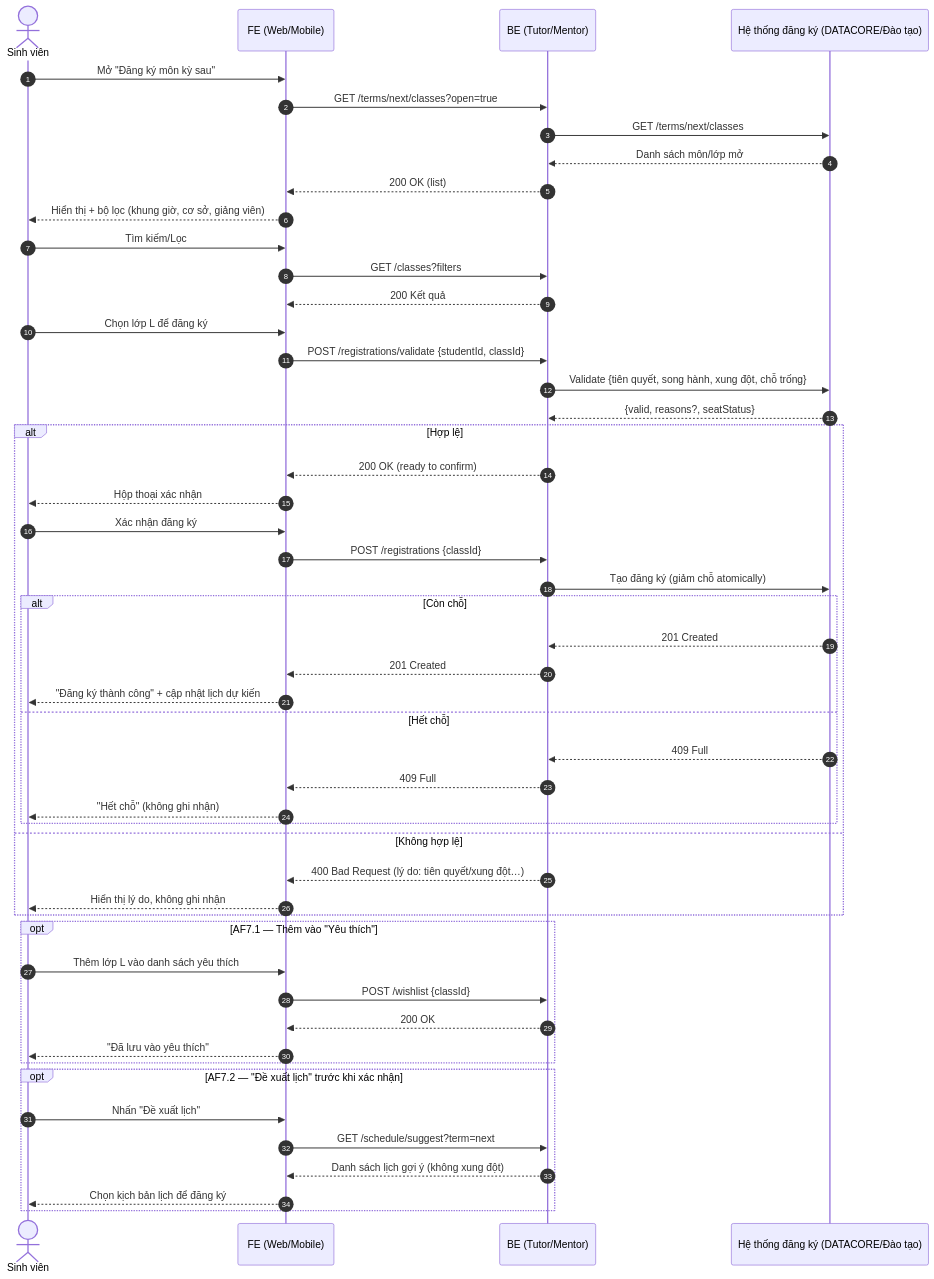
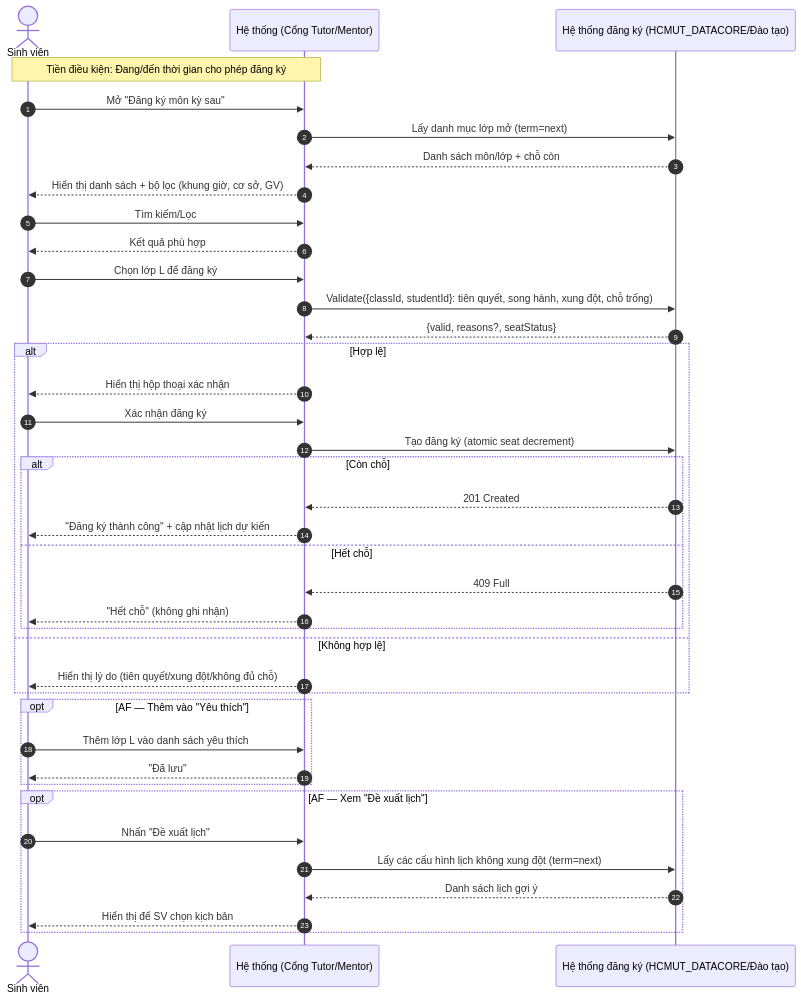
One commit to bqlam18/a changed the fourth of 4 diagrams in CNPM.md. Above: the diagram before and after it, drawn with Mermaid. The commit also changed other lines of this file, not shown here.

````diff
--- a/CNPM.md
+++ b/CNPM.md
@@ -120,58 +106,48 @@
 ```mermaid
 sequenceDiagram
   autonumber
   actor SV as Sinh viên
-  participant FE as FE (Web/Mobile)
-  participant BE as BE (Tutor/Mentor)
-  participant DC as Hệ thống đăng ký (DATACORE/Đào tạo)
+  participant SYS as Hệ thống (Cổng Tutor/Mentor)
+  participant DC as Hệ thống đăng ký (HCMUT_DATACORE/Đào tạo)
 
-  SV->>FE: Mở "Đăng ký môn kỳ sau"
-  FE->>BE: GET /terms/next/classes?open=true
-  BE->>DC: GET /terms/next/classes
-  DC-->>BE: Danh sách môn/lớp mở
-  BE-->>FE: 200 OK (list)
-  FE-->>SV: Hiển thị + bộ lọc (khung giờ, cơ sở, giảng viên)
+  Note over SV,SYS: Tiền điều kiện: Đang/đến thời gian cho phép đăng ký
 
-  SV->>FE: Tìm kiếm/Lọc
-  FE->>BE: GET /classes?filters
-  BE-->>FE: 200 Kết quả
+  SV->>SYS: Mở "Đăng ký môn kỳ sau"
+  SYS->>DC: Lấy danh mục lớp mở (term=next)
+  DC-->>SYS: Danh sách môn/lớp + chỗ còn
+  SYS-->>SV: Hiển thị danh sách + bộ lọc (khung giờ, cơ sở, GV)
 
-  SV->>FE: Chọn lớp L để đăng ký
-  FE->>BE: POST /registrations/validate {studentId, classId}
-  BE->>DC: Validate {tiên quyết, song hành, xung đột, chỗ trống}
-  DC-->>BE: {valid, reasons?, seatStatus}
+  SV->>SYS: Tìm kiếm/Lọc
+  SYS-->>SV: Kết quả phù hợp
+
+  SV->>SYS: Chọn lớp L để đăng ký
+  SYS->>DC: Validate({classId, studentId}: tiên quyết, song hành, xung đột, chỗ trống)
+  DC-->>SYS: {valid, reasons?, seatStatus}
 
   alt Hợp lệ
-    BE-->>FE: 200 OK (ready to confirm)
-    FE-->>SV: Hộp thoại xác nhận
-    SV->>FE: Xác nhận đăng ký
-    FE->>BE: POST /registrations {classId}
-    BE->>DC: Tạo đăng ký (giảm chỗ atomically)
+    SYS-->>SV: Hiển thị hộp thoại xác nhận
+    SV->>SYS: Xác nhận đăng ký
+    SYS->>DC: Tạo đăng ký (atomic seat decrement)
     alt Còn chỗ
-      DC-->>BE: 201 Created
-      BE-->>FE: 201 Created
-      FE-->>SV: "Đăng ký thành công" + cập nhật lịch dự kiến
+      DC-->>SYS: 201 Created
+      SYS-->>SV: "Đăng ký thành công" + cập nhật lịch dự kiến
     else Hết chỗ
-      DC-->>BE: 409 Full
-      BE-->>FE: 409 Full
-      FE-->>SV: "Hết chỗ" (không ghi nhận)
+      DC-->>SYS: 409 Full
+      SYS-->>SV: "Hết chỗ" (không ghi nhận)
     end
   else Không hợp lệ
-    BE-->>FE: 400 Bad Request (lý do: tiên quyết/xung đột…)
-    FE-->>SV: Hiển thị lý do, không ghi nhận
+    SYS-->>SV: Hiển thị lý do (tiên quyết/xung đột/không đủ chỗ)
   end
 
-  opt AF7.1 — Thêm vào "Yêu thích"
-    SV->>FE: Thêm lớp L vào danh sách yêu thích
-    FE->>BE: POST /wishlist {classId}
-    BE-->>FE: 200 OK
-    FE-->>SV: "Đã lưu vào yêu thích"
+  opt AF — Thêm vào "Yêu thích"
+    SV->>SYS: Thêm lớp L vào danh sách yêu thích
+    SYS-->>SV: "Đã lưu"
   end
 
-  opt AF7.2 — "Đề xuất lịch" trước khi xác nhận
-    SV->>FE: Nhấn "Đề xuất lịch"
-    FE->>BE: GET /schedule/suggest?term=next
-    BE-->>FE: Danh sách lịch gợi ý (không xung đột)
-    FE-->>SV: Chọn kịch bản lịch để đăng ký
+  opt AF — Xem "Đề xuất lịch"
+    SV->>SYS: Nhấn "Đề xuất lịch"
+    SYS->>DC: Lấy các cấu hình lịch không xung đột (term=next)
+    DC-->>SYS: Danh sách lịch gợi ý
+    SYS-->>SV: Hiển thị để SV chọn kịch bản
   end
 ```
````
